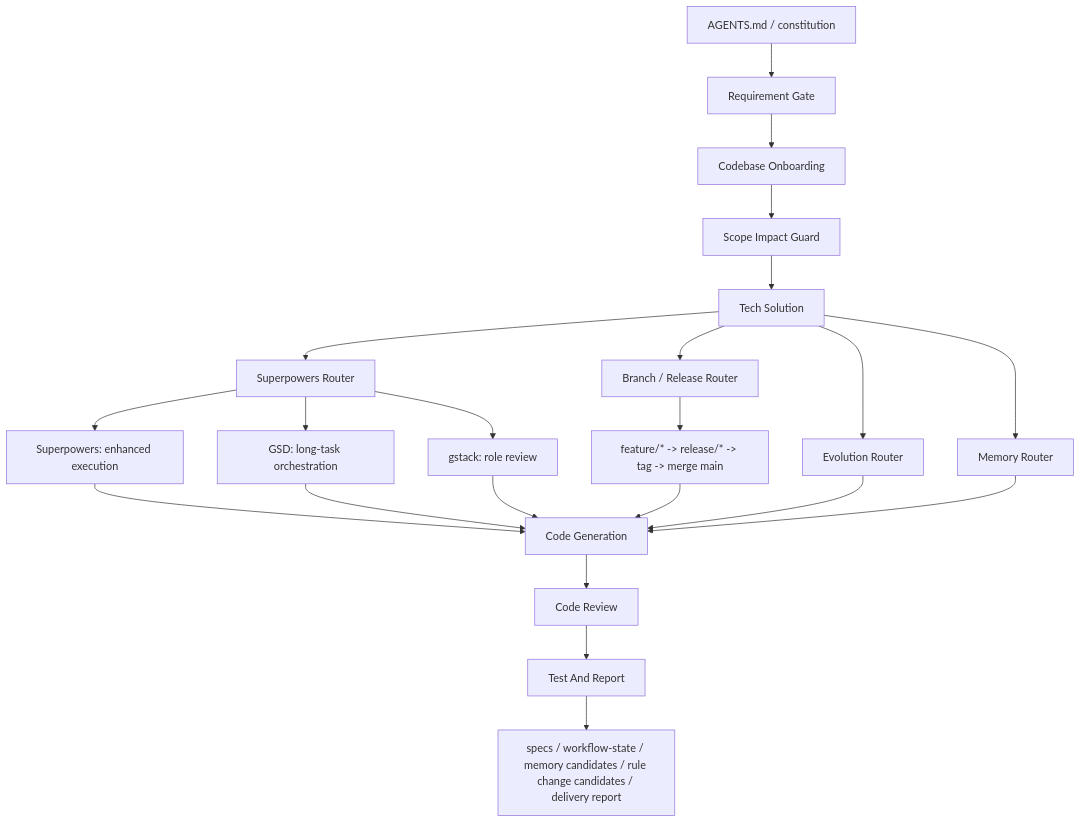
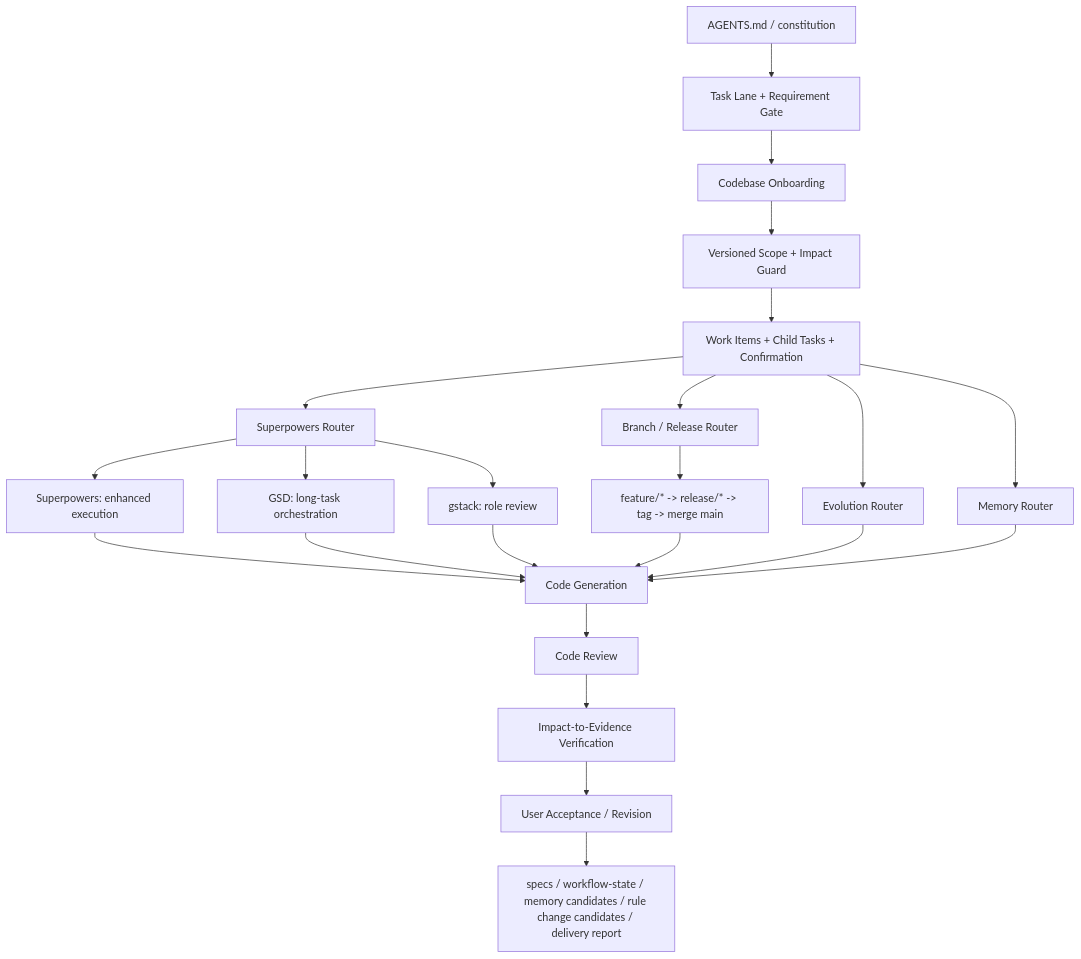
Before and after one commit to iizhan/workflow-skills: the diagram in project-engineering-workflow/assets/template-root/docs/AI协作架构.md, drawn with Mermaid. The commit also changed other lines of this file and 49 other files, not shown here.

Commit message:
feat(workflow): add adaptive confirmation workflow

````diff
--- a/project-engineering-workflow/assets/template-root/docs/AI协作架构.md
+++ b/project-engineering-workflow/assets/template-root/docs/AI协作架构.md
@@ -17,24 +17,25 @@
 ```mermaid
 flowchart TD
-  A["AGENTS.md / constitution"] --> B["Requirement Gate"]
+  A["AGENTS.md / constitution"] --> B["Task Lane + Requirement Gate"]
   B --> C["Codebase Onboarding"]
-  C --> D["Scope Impact Guard"]
-  D --> E["Tech Solution"]
+  C --> D["Versioned Scope + Impact Guard"]
+  D --> E["Work Items + Child Tasks + Confirmation"]
   E --> F["Superpowers Router"]
   E --> P["Branch / Release Router"]
   E --> Q["Evolution Router"]
   F --> G["Superpowers: enhanced execution"]
   F --> H["GSD: long-task orchestration"]
   F --> I["gstack: role review"]
   E --> R["Memory Router"]
   P --> S["feature/* -> release/* -> tag -> merge main"]
   G --> J["Code Generation"]
   H --> J
   I --> J
   S --> J
   Q --> J
   R --> J
   J --> K["Code Review"]
-  K --> L["Test And Report"]
-  L --> M["specs / workflow-state / memory candidates / rule change candidates / delivery report"]
+  K --> L["Impact-to-Evidence Verification"]
+  L --> N["User Acceptance / Revision"]
+  N --> M["specs / workflow-state / memory candidates / rule change candidates / delivery report"]
 ```
````
